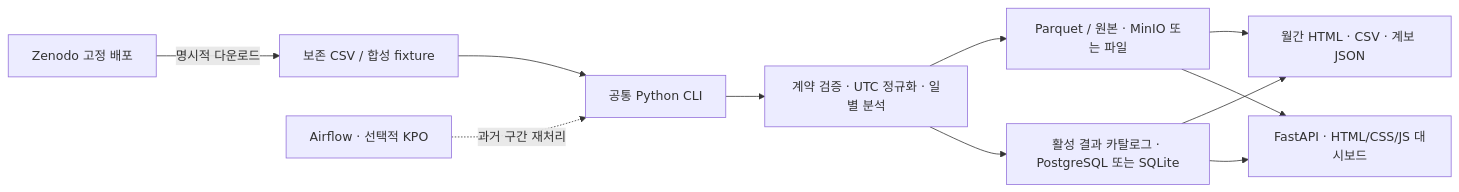
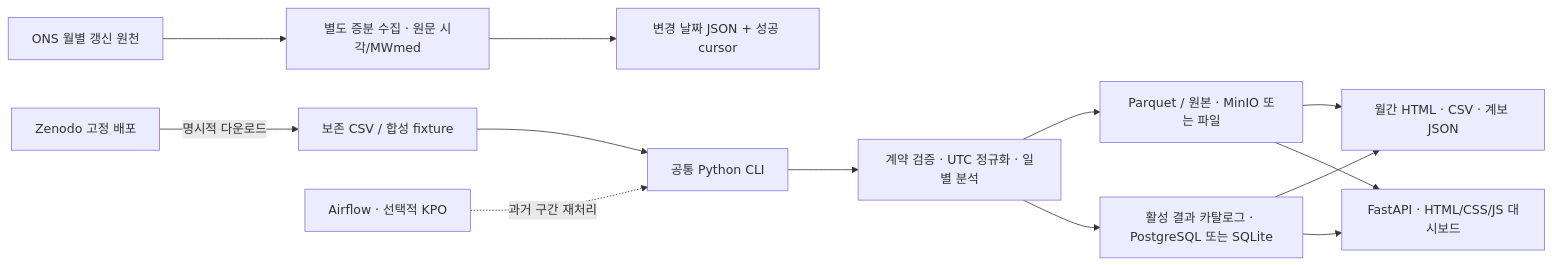
Before and after one commit to TaeyanG4/solarops-audit: the diagram in README.md, drawn with Mermaid. The commit also changed other lines of this file and 17 other files, not shown here.

````diff
--- a/README.md
+++ b/README.md
@@ -144,13 +150,15 @@
 ```mermaid
 flowchart LR
+    ONS[ONS 월별 갱신 원천] --> INC[별도 증분 수집 · 원문 시각/MWmed]
+    INC --> CUR[변경 날짜 JSON + 성공 cursor]
     Z[Zenodo 고정 배포] -->|명시적 다운로드| A[보존 CSV / 합성 fixture]
     A --> B[공통 Python CLI]
     H[Airflow · 선택적 KPO] -.->|과거 구간 재처리| B
     B --> C[계약 검증 · UTC 정규화 · 일별 분석]
     C --> D[Parquet / 원본 · MinIO 또는 파일]
     C --> E[활성 결과 카탈로그 · PostgreSQL 또는 SQLite]
     D --> F[월간 HTML · CSV · 계보 JSON]
     E --> F
     E --> G[FastAPI · HTML/CSS/JS 대시보드]
     D --> G
 ```
````
